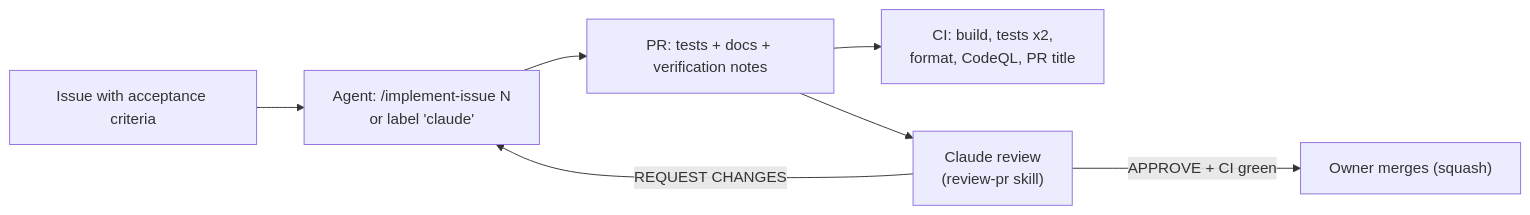
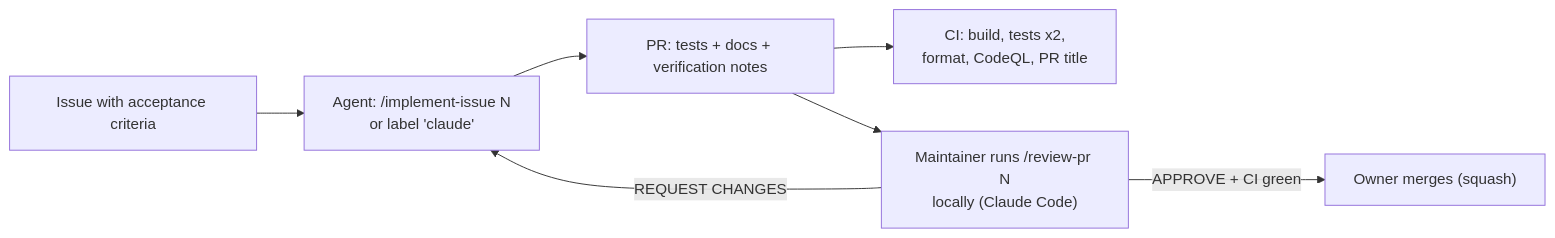
One commit to 25LioN52/JellyfinHyperionGrabber changed the diagram in docs/development/ai-agents.md. Above: the diagram before and after it, drawn with Mermaid. The commit also changed other lines of this file and 9 other files, not shown here.

````diff
--- a/docs/development/ai-agents.md
+++ b/docs/development/ai-agents.md
@@ -21,9 +21,9 @@
 ```mermaid
 flowchart LR
     Issue["Issue with acceptance criteria"] --> Agent["Agent: /implement-issue N<br/>or label 'claude'"]
     Agent --> PR["PR: tests + docs + verification notes"]
     PR --> CI["CI: build, tests x2,<br/>format, CodeQL, PR title"]
-    PR --> Review["Claude review<br/>(review-pr skill)"]
+    PR --> Review["Maintainer runs /review-pr N<br/>locally (Claude Code)"]
     Review -->|REQUEST CHANGES| Agent
     Review -->|APPROVE + CI green| Merge["Owner merges (squash)"]
 ```
````
